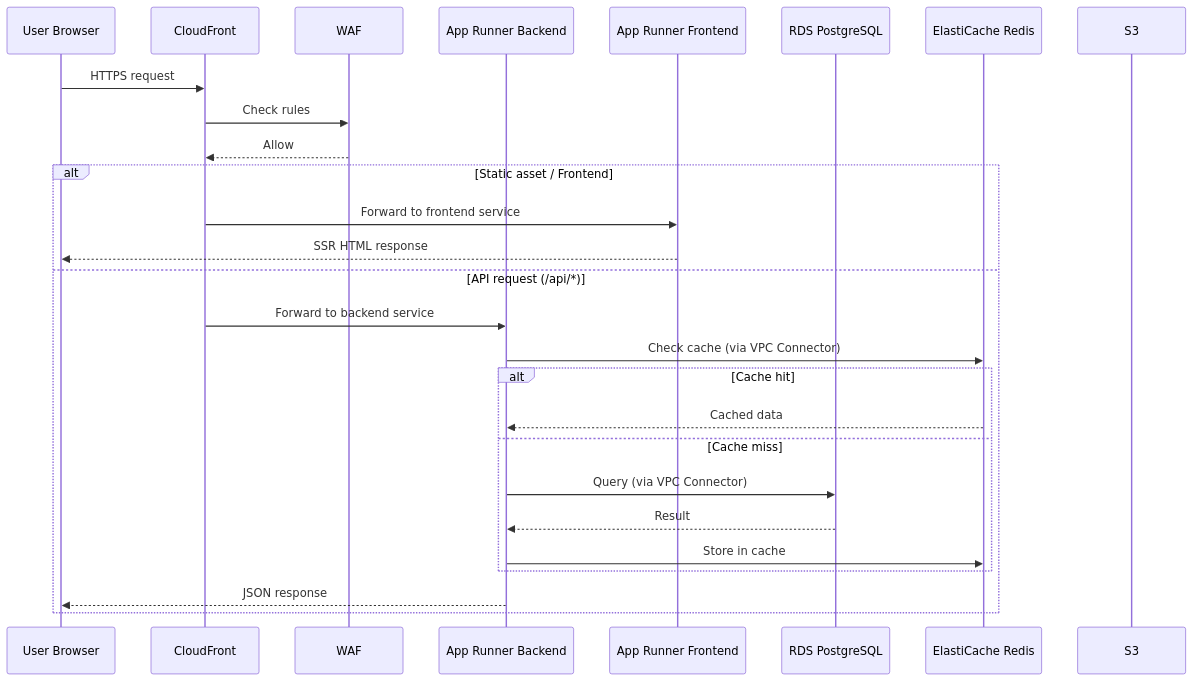
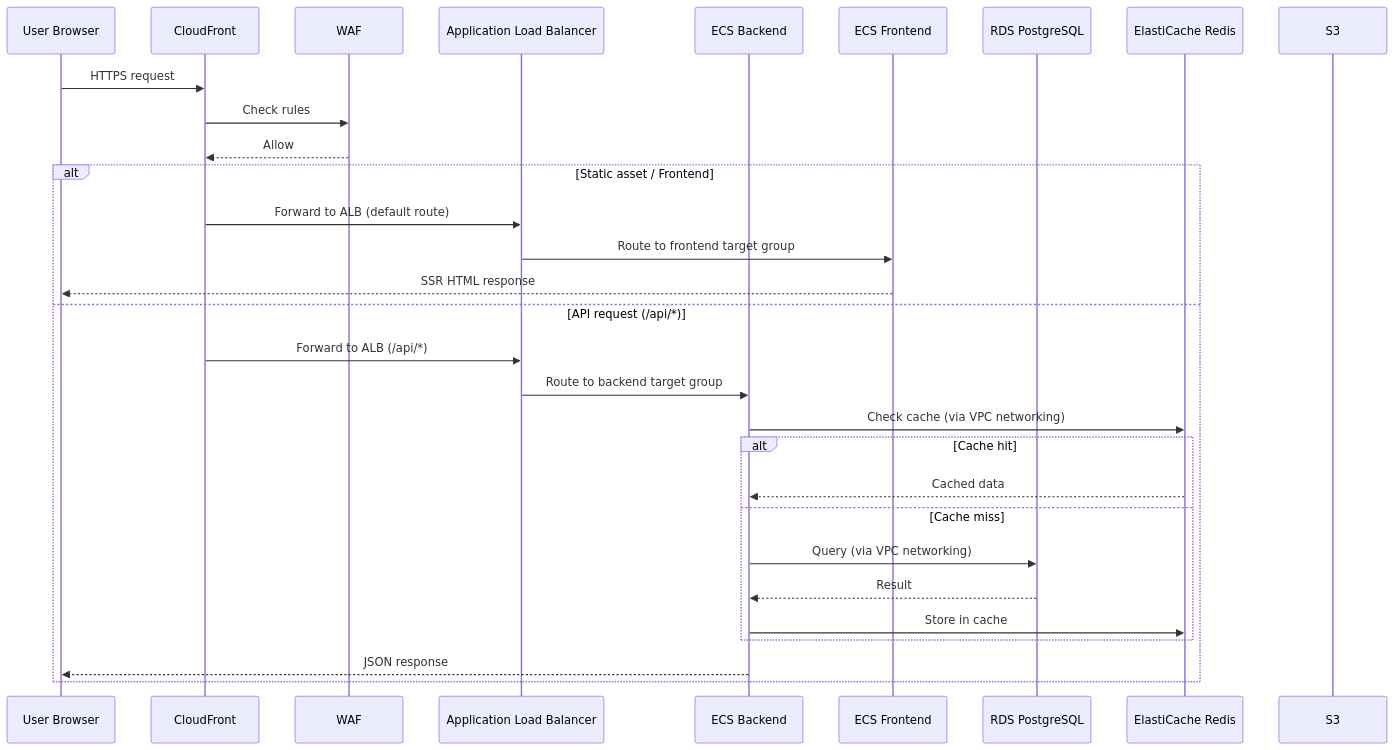
Before and after one commit to JAVegaG/PuenteHogar: the third of 3 diagrams in .kiro/specs/aws-infrastructure-deployment/design.md, drawn with Mermaid. The commit also changed other lines of this file and 2 other files, not shown here.

Commit message:
docs(specs): migrate compute layer from App Runner to ECS Fargate in all spec documents

````diff
--- a/.kiro/specs/aws-infrastructure-deployment/design.md
+++ b/.kiro/specs/aws-infrastructure-deployment/design.md
@@ -124,31 +124,34 @@
 ```mermaid
 sequenceDiagram
     participant U as User Browser
     participant CF as CloudFront
     participant WAF as WAF
-    participant BE as App Runner Backend
-    participant FE as App Runner Frontend
+    participant ALB as Application Load Balancer
+    participant BE as ECS Backend
+    participant FE as ECS Frontend
     participant DB as RDS PostgreSQL
     participant Cache as ElastiCache Redis
     participant S3 as S3
 
     U->>CF: HTTPS request
     CF->>WAF: Check rules
     WAF-->>CF: Allow
     
     alt Static asset / Frontend
-        CF->>FE: Forward to frontend service
+        CF->>ALB: Forward to ALB (default route)
+        ALB->>FE: Route to frontend target group
         FE-->>U: SSR HTML response
     else API request (/api/*)
-        CF->>BE: Forward to backend service
-        BE->>Cache: Check cache (via VPC Connector)
+        CF->>ALB: Forward to ALB (/api/*)
+        ALB->>BE: Route to backend target group
+        BE->>Cache: Check cache (via VPC networking)
         alt Cache hit
             Cache-->>BE: Cached data
         else Cache miss
-            BE->>DB: Query (via VPC Connector)
+            BE->>DB: Query (via VPC networking)
             DB-->>BE: Result
             BE->>Cache: Store in cache
         end
         BE-->>U: JSON response
     end
 ```
````
